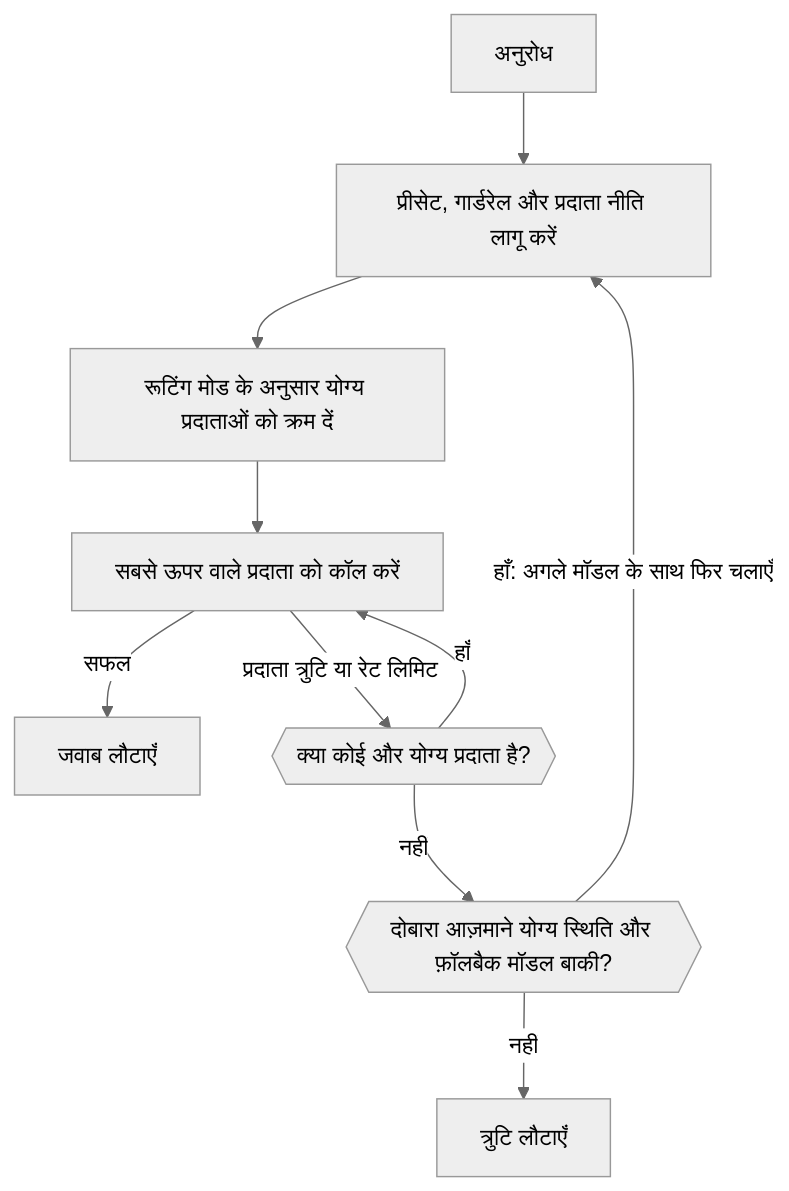
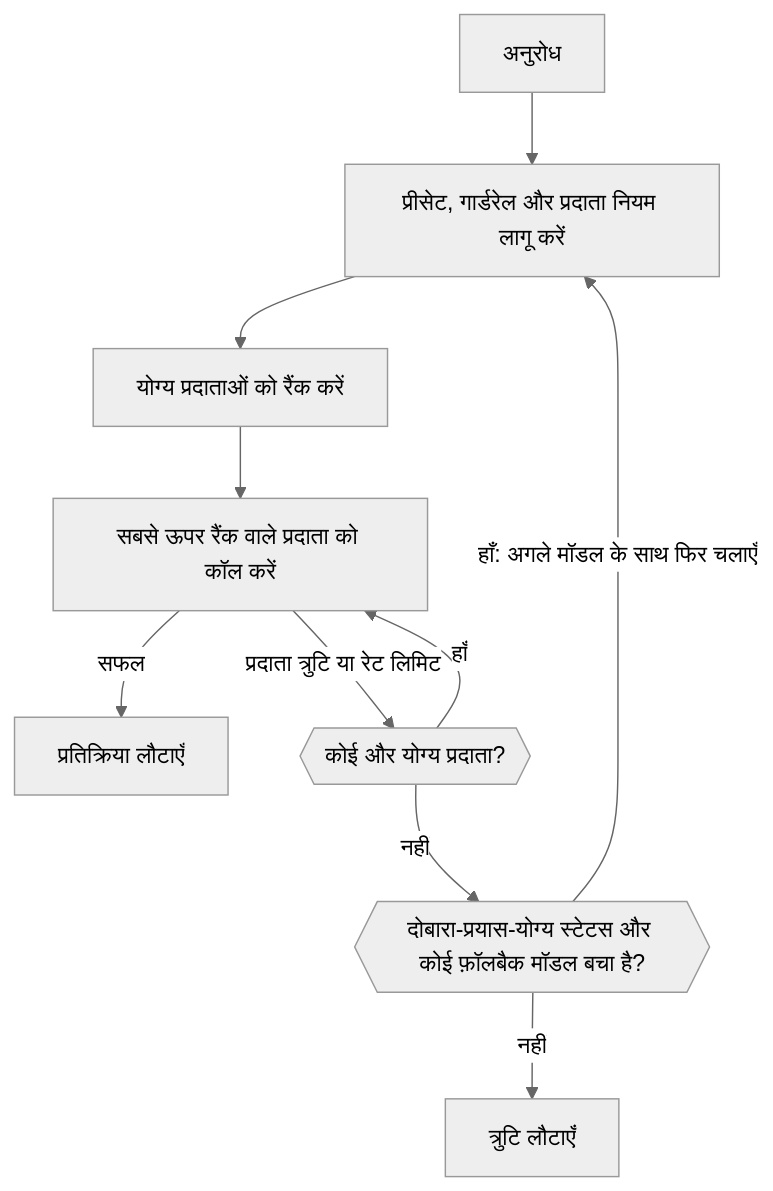
One commit to phaseoteam/Phaseo changed the diagram in apps/docs/hi/v1/guides/routing-and-fallbacks.mdx. Above: the diagram before and after it, drawn with Mermaid (neutral theme). The commit also changed other lines of this file and 3793 other files, not shown here.

````diff
--- a/apps/docs/hi/v1/guides/routing-and-fallbacks.mdx
+++ b/apps/docs/hi/v1/guides/routing-and-fallbacks.mdx
@@ -236,12 +12,12 @@
 ```mermaid
 flowchart TD
-  req["अनुरोध"] --> pol["प्रीसेट, गार्डरेल और प्रदाता नीति लागू करें"]
-  pol --> rnk["रूटिंग मोड के अनुसार योग्य प्रदाताओं को क्रम दें"]
-  rnk --> prov["सबसे ऊपर वाले प्रदाता को कॉल करें"]
-  prov -->|"सफल"| resp["जवाब लौटाएँ"]
-  prov -->|"प्रदाता त्रुटि या रेट लिमिट"| nextProv{{"क्या कोई और योग्य प्रदाता है?"}}
+  req["अनुरोध"] --> pol["प्रीसेट, गार्डरेल और प्रदाता नियम लागू करें"]
+  pol --> rnk["योग्य प्रदाताओं को रैंक करें"]
+  rnk --> prov["सबसे ऊपर रैंक वाले प्रदाता को कॉल करें"]
+  prov -->|"सफल"| resp["प्रतिक्रिया लौटाएँ"]
+  prov -->|"प्रदाता त्रुटि या रेट लिमिट"| nextProv{{"कोई और योग्य प्रदाता?"}}
   nextProv -->|"हाँ"| prov
-  nextProv -->|"नहीं"| fallbackCheck{{"दोबारा आज़माने योग्य स्थिति और फ़ॉलबैक मॉडल बाकी?"}}
+  nextProv -->|"नहीं"| fallbackCheck{{"दोबारा-प्रयास-योग्य स्टेटस और कोई फ़ॉलबैक मॉडल बचा है?"}}
   fallbackCheck -->|"हाँ: अगले मॉडल के साथ फिर चलाएँ"| pol
   fallbackCheck -->|"नहीं"| err["त्रुटि लौटाएँ"]
 ```
````
